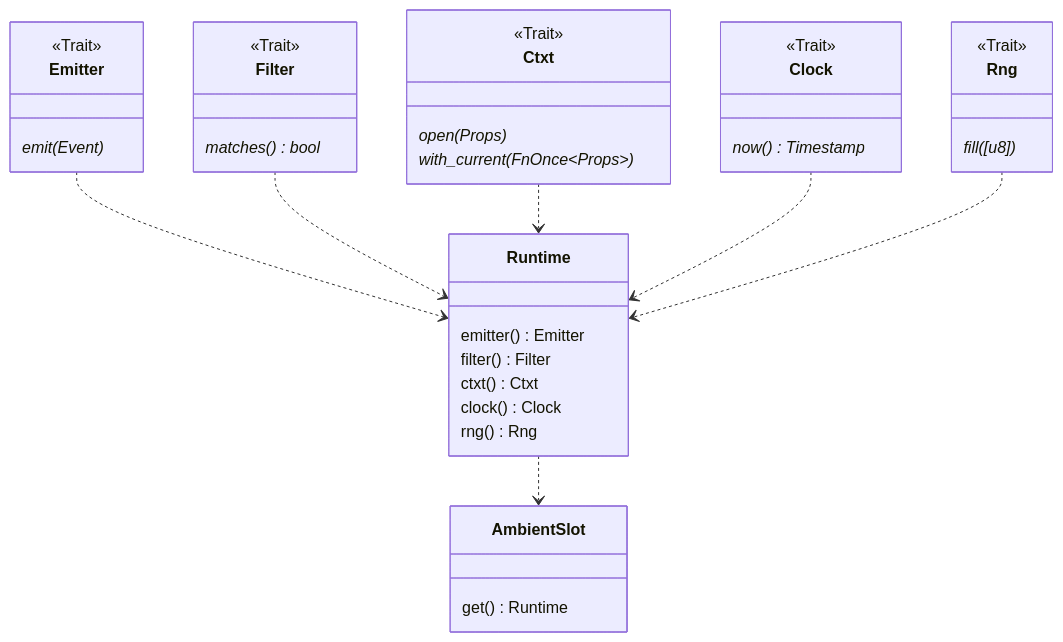
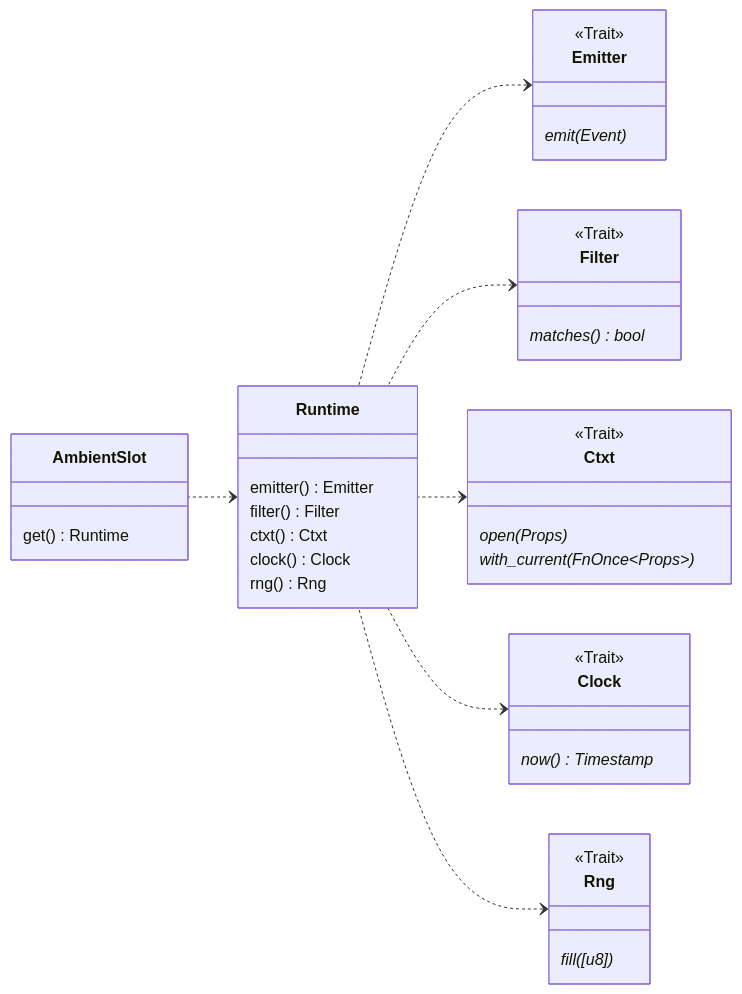
Before and after one commit to emit-rs/emit: the first of 2 diagrams in book/src/reference/architecture.md, drawn with Mermaid. The commit also changed other lines of this file and 1 other file, not shown here.

Commit message:
fill in some diagrams

````diff
--- a/book/src/reference/architecture.md
+++ b/book/src/reference/architecture.md
@@ -3,61 +7,63 @@
 ```mermaid
 classDiagram
+    direction RL
+
     class AmbientSlot {
         get() Runtime
     }
 
-    Runtime ..> AmbientSlot
+    Runtime <.. AmbientSlot
 
     class Runtime {
         emitter() Emitter
         filter() Filter
         ctxt() Ctxt
         clock() Clock
         rng() Rng
     }
 
-    Emitter ..> Runtime
-    Filter ..> Runtime
-    Ctxt ..> Runtime
-    Clock ..> Runtime
-    Rng ..> Runtime
+    Emitter <.. Runtime
+    Filter <.. Runtime
+    Ctxt <.. Runtime
+    Clock <.. Runtime
+    Rng <.. Runtime
 
     class Emitter {
         emit(Event)*
     }
 
     <<Trait>> Emitter
 
     class Filter {
         matches() bool*
     }
 
     <<Trait>> Filter
 
     class Ctxt {
         open(Props)*
         with_current(FnOnce~Props~)*
     }
 
     <<Trait>> Ctxt
 
     class Clock {
         now() Timestamp*
     }
 
     <<Trait>> Clock
 
     class Rng {
         fill([u8])*
     }
 
     <<Trait>> Rng
 
     click Emitter href "https://docs.rs/emit/0.11.0-alpha.17/emit/trait.Emitter.html"
     click Filter href "https://docs.rs/emit/0.11.0-alpha.17/emit/trait.Filter.html"
     click Ctxt href "https://docs.rs/emit/0.11.0-alpha.17/emit/trait.Ctxt.html"
     click Clock href "https://docs.rs/emit/0.11.0-alpha.17/emit/trait.Clock.html"
     click Rng href "https://docs.rs/emit/0.11.0-alpha.17/emit/trait.Rng.html"
     click Runtime href "https://docs.rs/emit/0.11.0-alpha.17/emit/runtime/struct.Runtime.html"
     click AmbientSlot href "https://docs.rs/emit/0.11.0-alpha.17/emit/runtime/struct.AmbientSlot.html"
 ```
````
